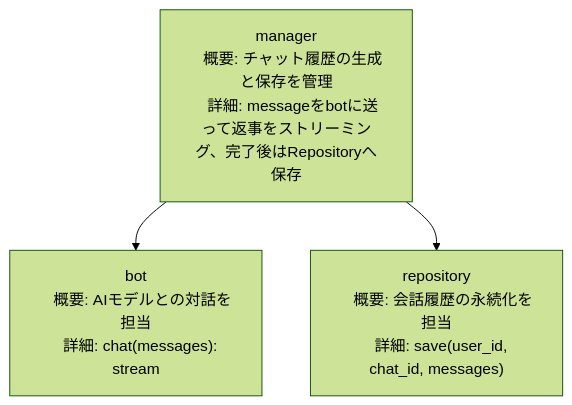
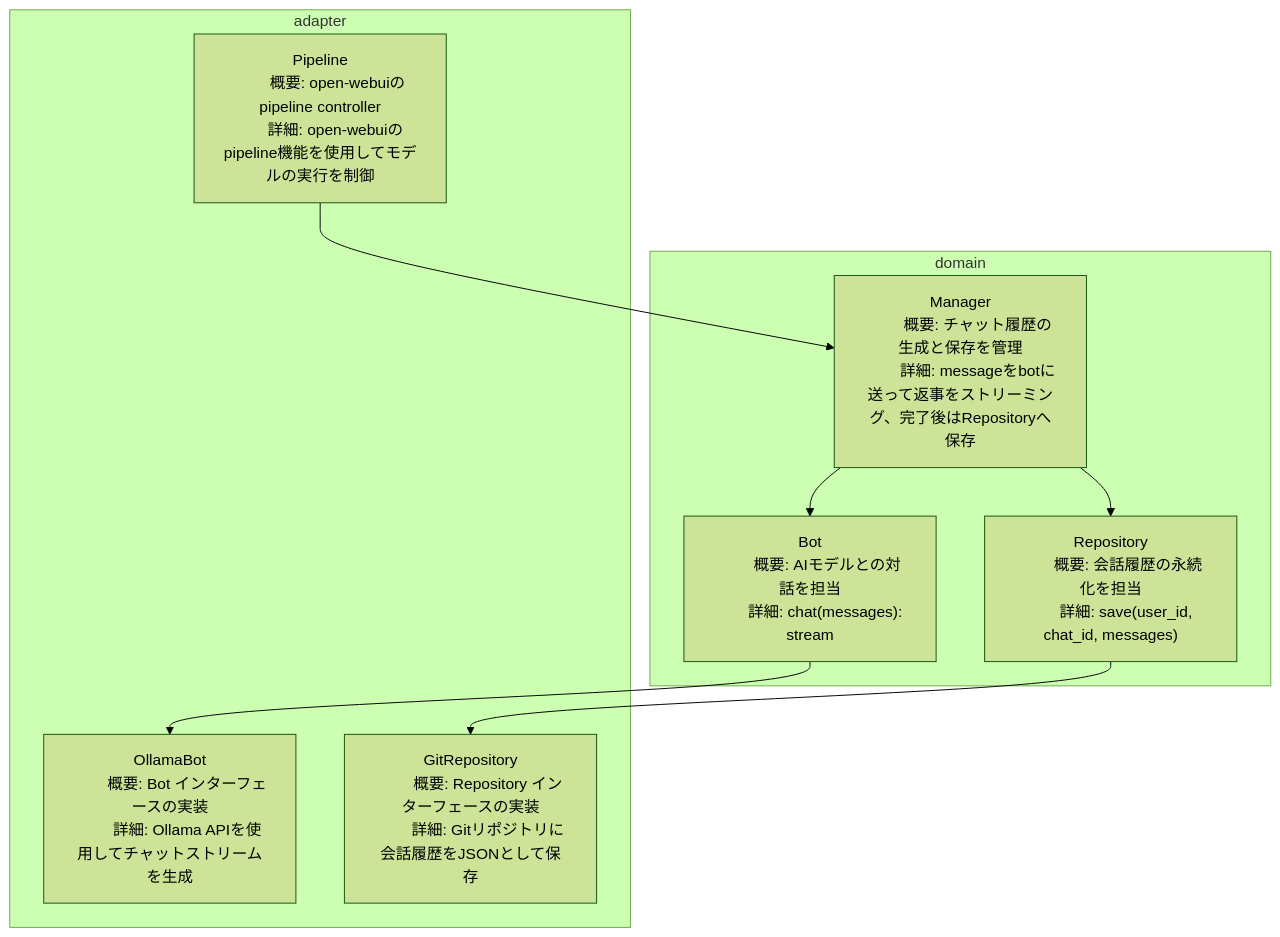
Before and after one commit to Xo1otl/mictlan: the diagram in apps/chathub/README.md, drawn with Mermaid (forest theme). The commit also changed 2 other files, not shown here.

Commit message:
nice commit

````diff
--- a/apps/chathub/README.md
+++ b/apps/chathub/README.md
@@ -7,17 +7,37 @@
 ```mermaid
 graph TD
-   manager["manager
-   概要: チャット履歴の生成と保存を管理
-   詳細: messageをbotに送って返事をストリーミング、完了後はRepositoryへ保存"]
-   
-   bot["bot
-   概要: AIモデルとの対話を担当
-   詳細: chat(messages): stream"]
-   
-   repository["repository
-   概要: 会話履歴の永続化を担当
-   詳細: save(user_id, chat_id, messages)"]
+    subgraph domain
+        Manager["Manager
+        概要: チャット履歴の生成と保存を管理
+        詳細: messageをbotに送って返事をストリーミング、完了後はRepositoryへ保存"]
+        
+        Bot["Bot
+        概要: AIモデルとの対話を担当
+        詳細: chat(messages): stream"]
+        
+        Repository["Repository
+        概要: 会話履歴の永続化を担当
+        詳細: save(user_id, chat_id, messages)"]
 
-   manager --> bot
-   manager --> repository
+        Manager --> Bot
+        Manager --> Repository
+    end
+
+    subgraph adapter
+        Pipeline["Pipeline
+        概要: open-webuiのpipeline controller
+        詳細: open-webuiの pipeline機能を使用してモデルの実行を制御"]
+
+        OllamaBot["OllamaBot
+        概要: Bot インターフェースの実装
+        詳細: Ollama APIを使用してチャットストリームを生成"]
+        
+        GitRepository["GitRepository
+        概要: Repository インターフェースの実装
+        詳細: Gitリポジトリに会話履歴をJSONとして保存"]
+    end
+
+    Pipeline --> Manager
+    Bot --> OllamaBot
+    Repository --> GitRepository
 ```
````
